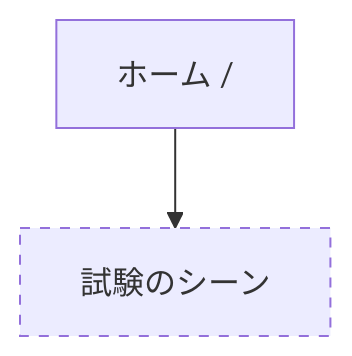
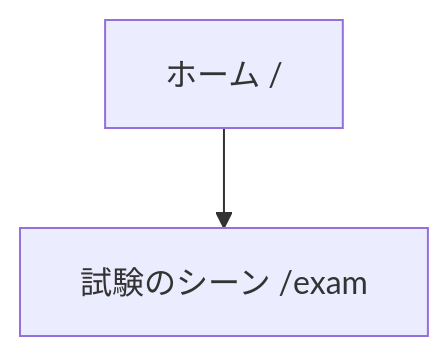
One commit to hibohiboo/CarTaGraphAdventure changed the diagram in docs/screens/index.md. Above: the diagram before and after it, drawn with Mermaid. The commit also changed other lines of this file and 8 other files, not shown here.

````diff
--- a/docs/screens/index.md
+++ b/docs/screens/index.md
@@ -12,7 +12,7 @@
 ```mermaid
 flowchart TB
   home["ホーム /"] --> exam
-  exam["試験のシーン"]:::missing
+  exam["試験のシーン /exam"]
 
   classDef missing stroke-dasharray: 5 5
 ```
````
